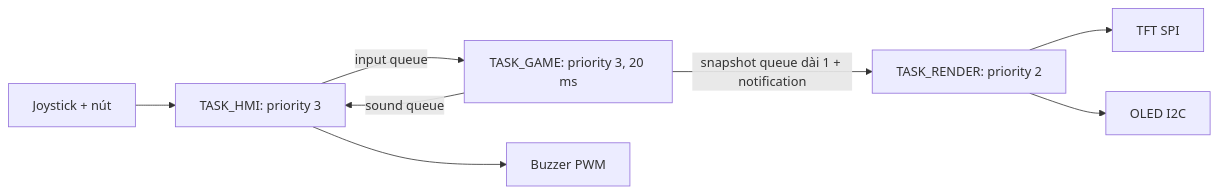
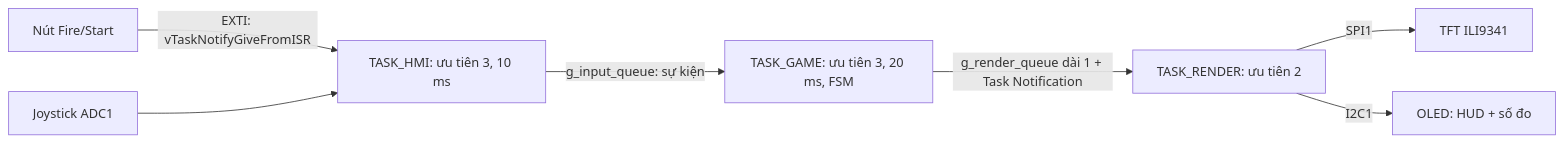
Before and after one commit to nhudaohaidang-glitch/stm32-freertos-chicken-shooter: the first of 2 diagrams in docs/ARCHITECTURE.md, drawn with Mermaid. The commit also changed other lines of this file, not shown here.

Commit message:
docs(arch): document scope, FSM, IPC, snapshot v2 and HAL contracts

````diff
--- a/docs/ARCHITECTURE.md
+++ b/docs/ARCHITECTURE.md
@@ -7,10 +11,9 @@
 ```mermaid
 flowchart LR
-    ADC[Joystick + nút] --> HMI[TASK_HMI: priority 3]
-    HMI -->|input queue| GAME[TASK_GAME: priority 3, 20 ms]
-    GAME -->|snapshot queue dài 1 + notification| RENDER[TASK_RENDER: priority 2]
-    GAME -->|sound queue| HMI
-    HMI --> PWM[Buzzer PWM]
-    RENDER --> SPI[TFT SPI]
-    RENDER --> I2C[OLED I2C]
+    BTN[Nút Fire/Start] -->|EXTI: vTaskNotifyGiveFromISR| HMI
+    JOY[Joystick ADC1] --> HMI[TASK_HMI: ưu tiên 3, 10 ms]
+    HMI -->|g_input_queue: sự kiện| GAME[TASK_GAME: ưu tiên 3, 20 ms, FSM]
+    GAME -->|g_render_queue dài 1 + Task Notification| RENDER[TASK_RENDER: ưu tiên 2]
+    RENDER -->|SPI1| TFT[TFT ILI9341]
+    RENDER -->|I2C1| OLED[OLED: HUD + số đo]
 ```
````
